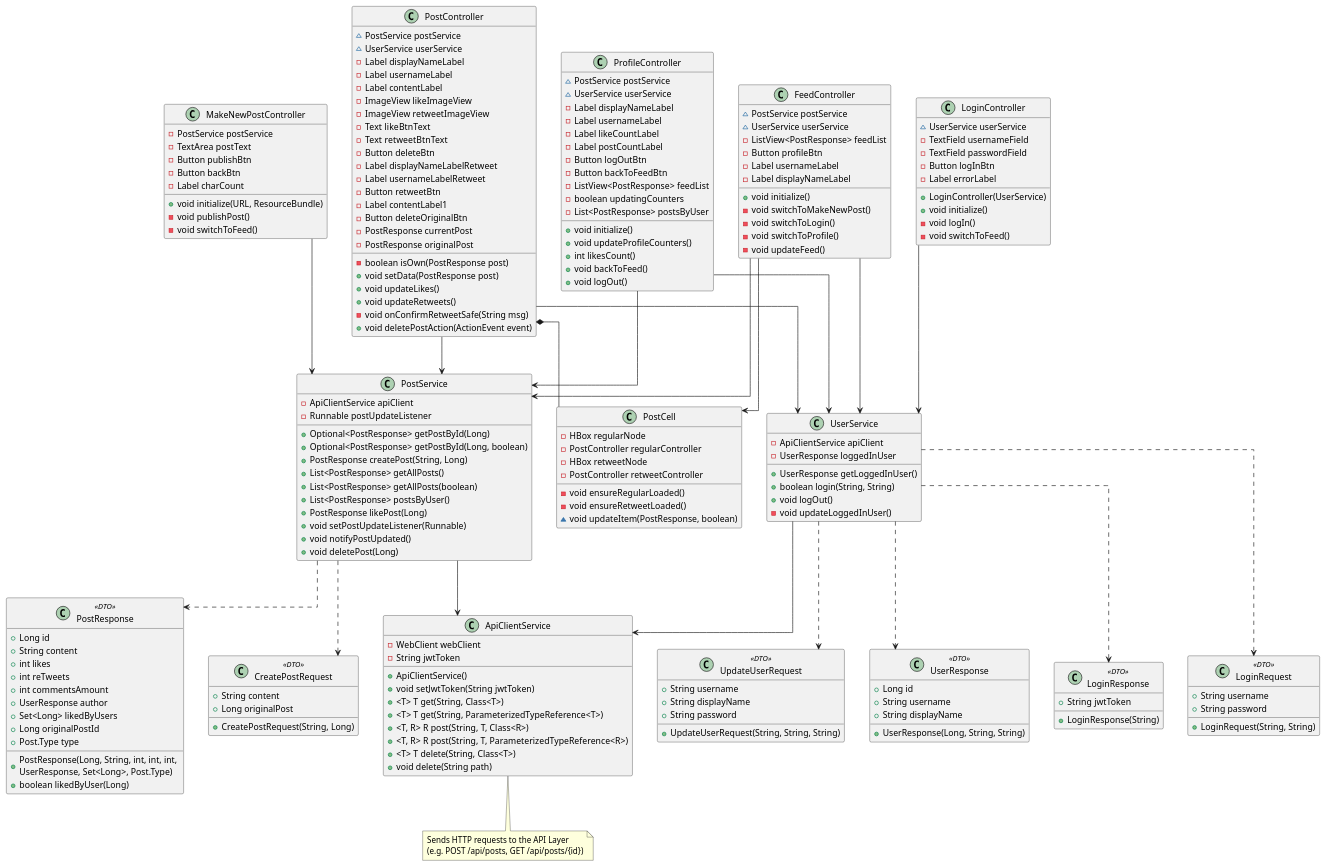
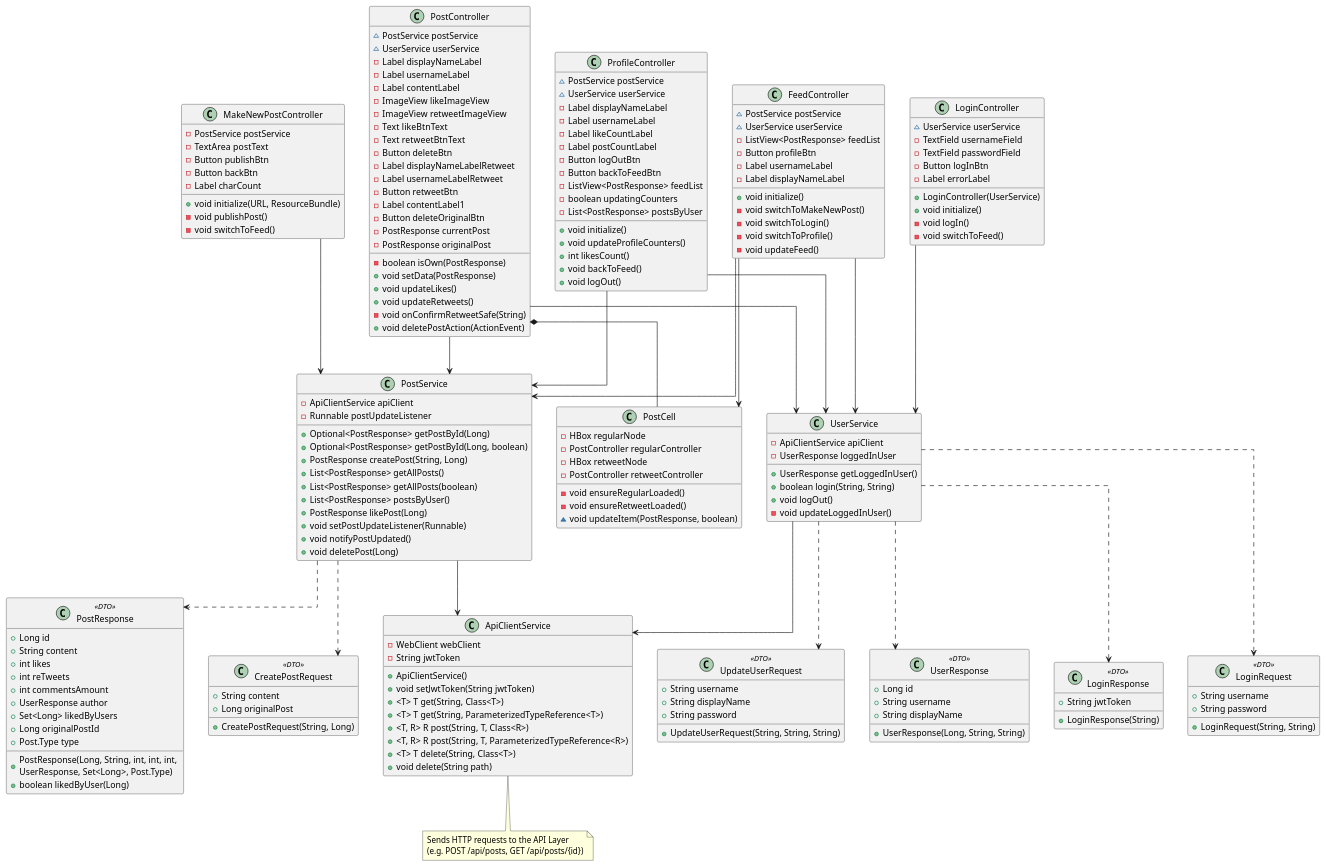
Before and after one commit to ZeroWave022/twitter-clone: the diagram in docs/release3/class-diagram1.puml, drawn with PlantUML. The commit also changed 1 other file, not shown here.

Commit message:
docs: Update class diagrams to include new main branch changes

```diff
--- a/docs/release3/class-diagram1.puml
+++ b/docs/release3/class-diagram1.puml
@@ -62,12 +62,12 @@
   - PostResponse currentPost
   - PostResponse originalPost
 
-  - boolean isOwn(PostResponse post)
-  + void setData(PostResponse post)
+  - boolean isOwn(PostResponse)
+  + void setData(PostResponse)
   + void updateLikes()
   + void updateRetweets()
-  - void onConfirmRetweetSafe(String msg)
-  + void deletePostAction(ActionEvent event)
+  - void onConfirmRetweetSafe(String)
+  + void deletePostAction(ActionEvent)
 }
 class ProfileController {
   ~ PostService postService
```
